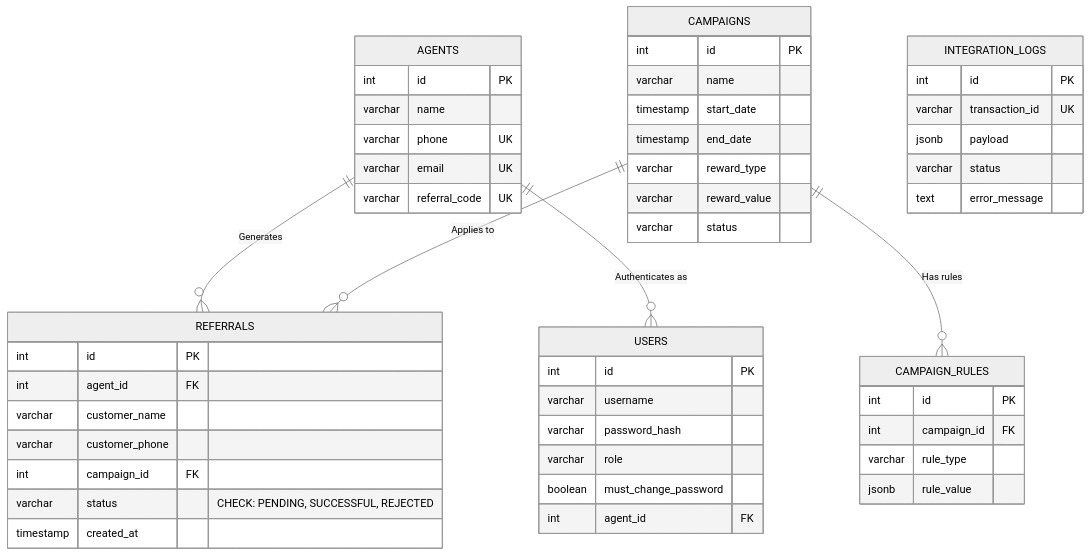
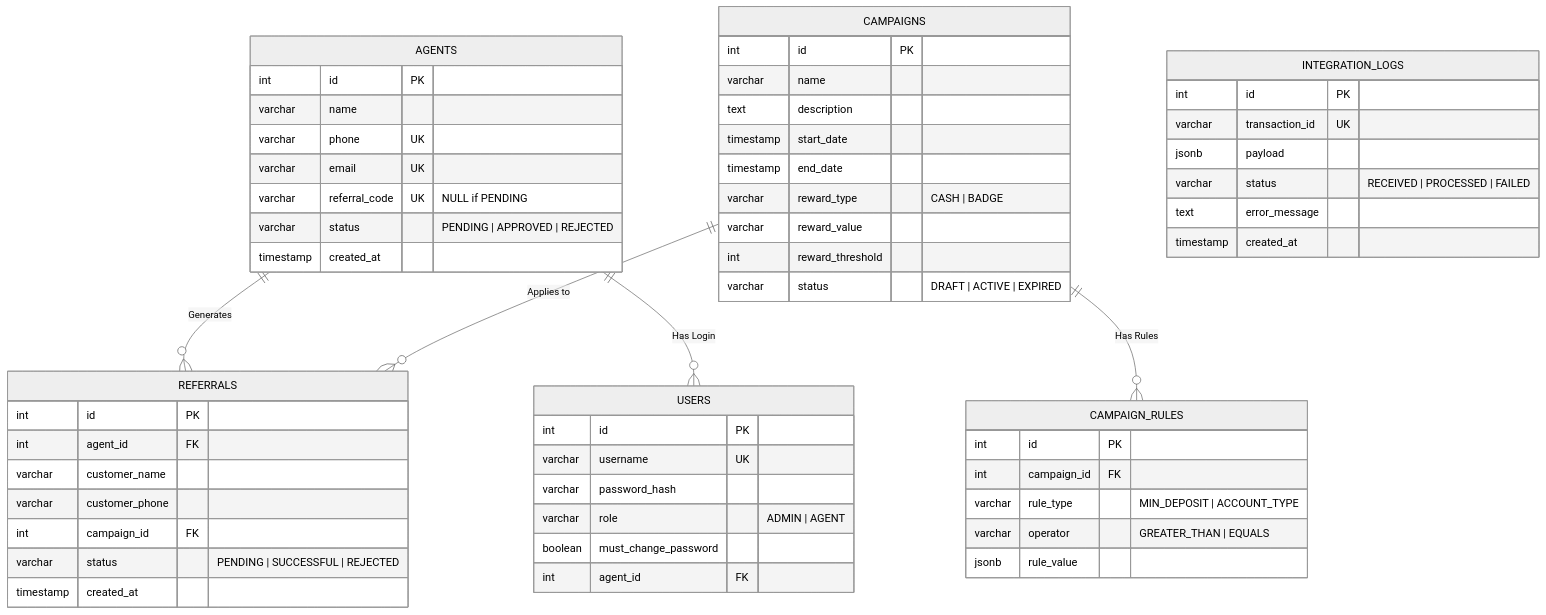
Before and after one commit to feysal-jeylan/nib-referral-system: the fourth of 6 diagrams in README.md, drawn with Mermaid (neutral theme). The commit also changed other lines of this file and 1 other file, not shown here.

Commit message:
remove imoji from login page and add some diagram to the read file

````diff
--- a/README.md
+++ b/README.md
@@ -44,59 +143,65 @@
 ```mermaid
 erDiagram
     USERS {
         int id PK
-        varchar username
+        varchar username UK
         varchar password_hash
-        varchar role
+        varchar role "ADMIN | AGENT"
         boolean must_change_password
         int agent_id FK
     }
 
     AGENTS {
         int id PK
         varchar name
         varchar phone UK
         varchar email UK
-        varchar referral_code UK
+        varchar referral_code UK "NULL if PENDING"
+        varchar status "PENDING | APPROVED | REJECTED"
+        timestamp created_at
     }
 
     REFERRALS {
         int id PK
         int agent_id FK
         varchar customer_name
         varchar customer_phone
         int campaign_id FK
-        varchar status "CHECK: PENDING, SUCCESSFUL, REJECTED"
+        varchar status "PENDING | SUCCESSFUL | REJECTED"
         timestamp created_at
     }
 
     CAMPAIGNS {
         int id PK
         varchar name
+        text description
         timestamp start_date
         timestamp end_date
-        varchar reward_type
+        varchar reward_type "CASH | BADGE"
         varchar reward_value
-        varchar status
+        int reward_threshold
+        varchar status "DRAFT | ACTIVE | EXPIRED"
     }
 
     CAMPAIGN_RULES {
         int id PK
         int campaign_id FK
-        varchar rule_type
+        varchar rule_type "MIN_DEPOSIT | ACCOUNT_TYPE"
+        varchar operator "GREATER_THAN | EQUALS"
         jsonb rule_value
     }
 
     INTEGRATION_LOGS {
         int id PK
         varchar transaction_id UK
         jsonb payload
-        varchar status
+        varchar status "RECEIVED | PROCESSED | FAILED"
         text error_message
+        timestamp created_at
     }
 
     AGENTS ||--o{ REFERRALS : "Generates"
-    AGENTS ||--o{ USERS : "Authenticates as"
+    AGENTS ||--o{ USERS : "Has Login"
     CAMPAIGNS ||--o{ REFERRALS : "Applies to"
-    CAMPAIGNS ||--o{ CAMPAIGN_RULES : "Has rules"
+    CAMPAIGNS ||--o{ CAMPAIGN_RULES : "Has Rules"
 ```
````
